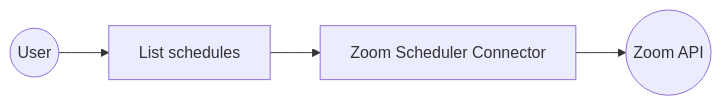
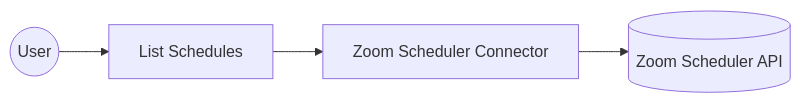
One commit to wso2/docs-integrator changed the diagram in connectors/docs/catalog/communication/zoom.scheduler/example.md. Above: the diagram before and after it, drawn with Mermaid. The commit also changed other lines of this file and 3280 other files, not shown here.

````diff
--- a/connectors/docs/catalog/communication/zoom.scheduler/example.md
+++ b/connectors/docs/catalog/communication/zoom.scheduler/example.md
@@ -12,6 +16,6 @@
 ```mermaid
 flowchart LR
-    A((User)) --> B[List schedules]
+    A((User)) --> B[List Schedules]
     B --> C[Zoom Scheduler Connector]
-    C --> D((Zoom API))
+    C --> D[(Zoom Scheduler API)]
 ```
````
